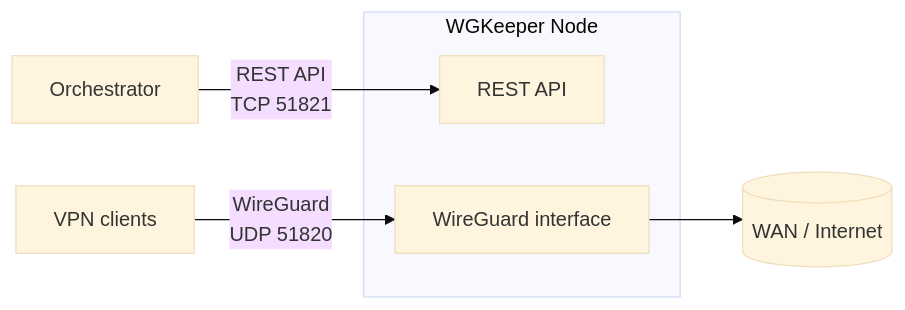
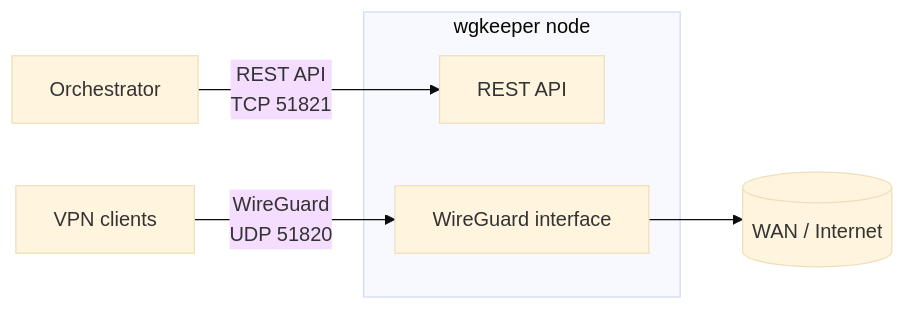
One commit to wgkeeper/wgkeeper-node changed the diagram in README.md. Above: the diagram before and after it, drawn with Mermaid (base theme). The commit also changed other lines of this file and 5 other files, not shown here.

````diff
--- a/README.md
+++ b/README.md
@@ -34,12 +32,12 @@
 ```mermaid
 flowchart LR
   Orchestrator[Orchestrator] -->|REST API<br/>TCP 51821| API
   Clients[VPN clients] -->|WireGuard<br/>UDP 51820| WG
 
-  subgraph Node[WGKeeper Node]
+  subgraph Node[wgkeeper node]
     API[REST API]
     WG[WireGuard interface]
   end
 
   WG --> WAN[(WAN / Internet)]
 ```
````
